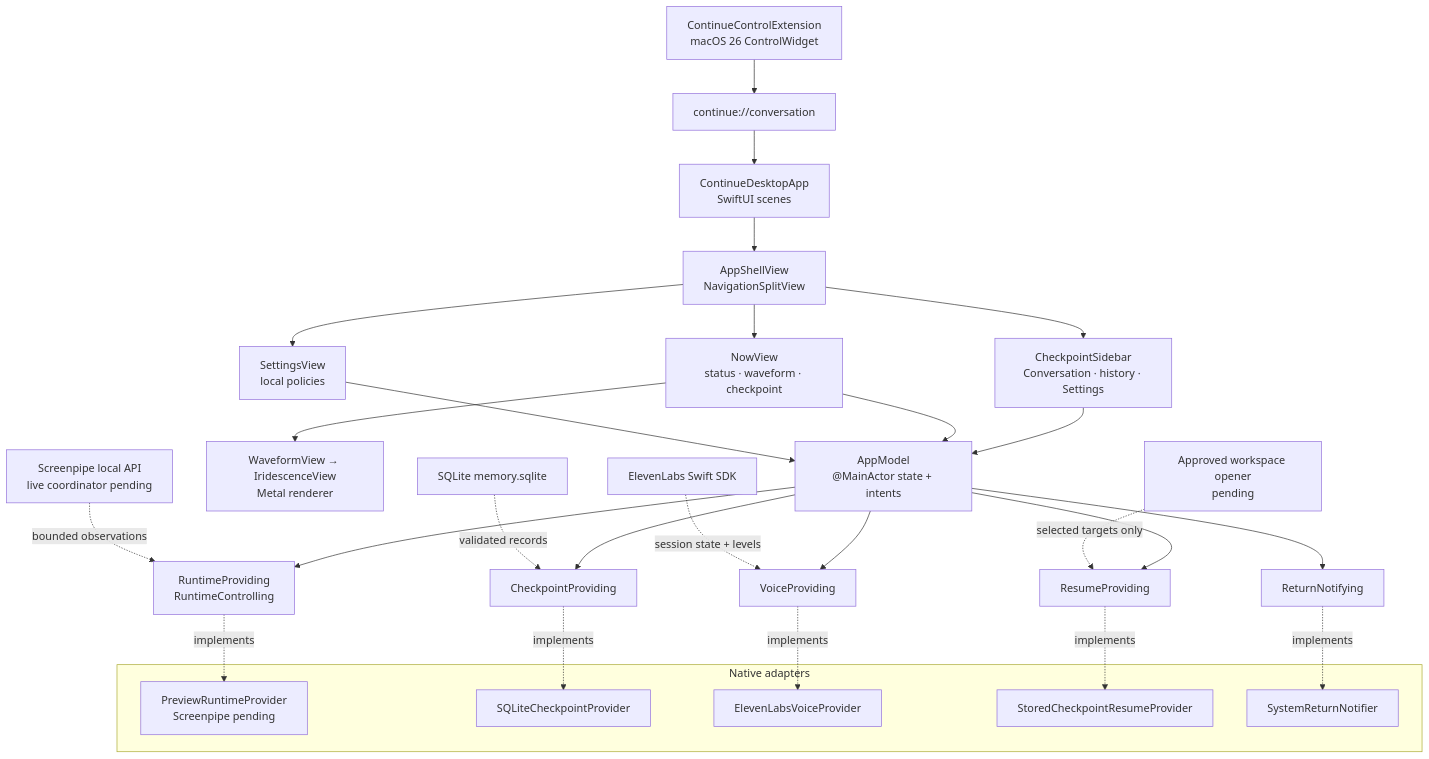
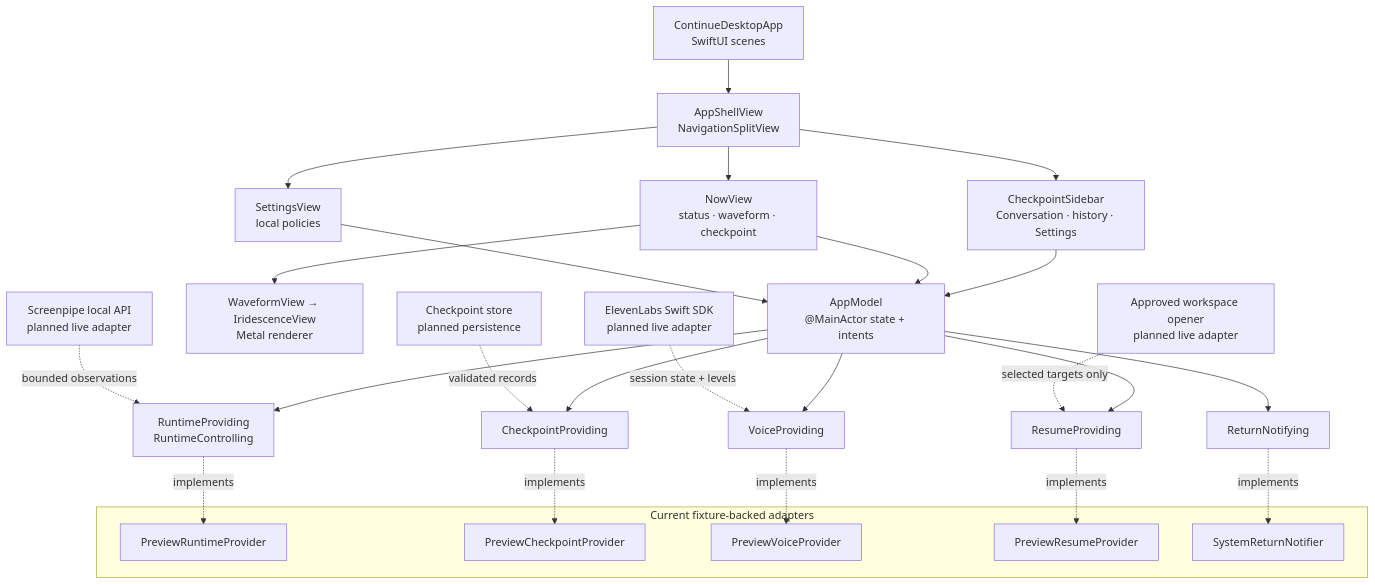
One commit to Johnnti/continue.ai changed the diagram in README.md. Above: the diagram before and after it, drawn with Mermaid. The commit also changed other lines of this file and 87 other files, not shown here.

````diff
--- a/README.md
+++ b/README.md
@@ -195,39 +91,37 @@
 ```mermaid
 flowchart TD
     App["ContinueDesktopApp<br/>SwiftUI scenes"] --> Shell["AppShellView<br/>NavigationSplitView"]
-    Control["ContinueControlExtension<br/>macOS 26 ControlWidget"] --> URL["continue://conversation"]
-    URL --> App
     Shell --> Sidebar["CheckpointSidebar<br/>Conversation · history · Settings"]
     Shell --> Now["NowView<br/>status · waveform · checkpoint"]
     Shell --> Settings["SettingsView<br/>local policies"]
 
     Sidebar --> Model["AppModel<br/>@MainActor state + intents"]
     Now --> Model
     Settings --> Model
     Now --> Orb["WaveformView → IridescenceView<br/>Metal renderer"]
 
     Model --> Runtime["RuntimeProviding<br/>RuntimeControlling"]
     Model --> Checkpoints["CheckpointProviding"]
     Model --> Voice["VoiceProviding"]
     Model --> Resume["ResumeProviding"]
     Model --> Notify["ReturnNotifying"]
 
-    subgraph Adapters["Native adapters"]
-        PreviewRuntime["PreviewRuntimeProvider<br/>Screenpipe pending"]
-        SQLiteCheckpoints["SQLiteCheckpointProvider"]
-        ElevenLabsVoice["ElevenLabsVoiceProvider"]
-        StoredResume["StoredCheckpointResumeProvider"]
+    subgraph Preview["Current fixture-backed adapters"]
+        PreviewRuntime["PreviewRuntimeProvider"]
+        PreviewCheckpoints["PreviewCheckpointProvider"]
+        PreviewVoice["PreviewVoiceProvider"]
+        PreviewResume["PreviewResumeProvider"]
         SystemNotify["SystemReturnNotifier"]
     end
 
     Runtime -. implements .-> PreviewRuntime
-    Checkpoints -. implements .-> SQLiteCheckpoints
-    Voice -. implements .-> ElevenLabsVoice
-    Resume -. implements .-> StoredResume
+    Checkpoints -. implements .-> PreviewCheckpoints
+    Voice -. implements .-> PreviewVoice
+    Resume -. implements .-> PreviewResume
     Notify -. implements .-> SystemNotify
 
-    Screenpipe["Screenpipe local API<br/>live coordinator pending"] -. bounded observations .-> Runtime
-    Store["SQLite memory.sqlite"] -. validated records .-> Checkpoints
-    VoiceSDK["ElevenLabs Swift SDK"] -. session state + levels .-> Voice
-    Workspace["Approved workspace opener<br/>pending"] -. selected targets only .-> Resume
+    Screenpipe["Screenpipe local API<br/>planned live adapter"] -. bounded observations .-> Runtime
+    Store["Checkpoint store<br/>planned persistence"] -. validated records .-> Checkpoints
+    VoiceSDK["ElevenLabs Swift SDK<br/>planned live adapter"] -. session state + levels .-> Voice
+    Workspace["Approved workspace opener<br/>planned live adapter"] -. selected targets only .-> Resume
 ```
````
